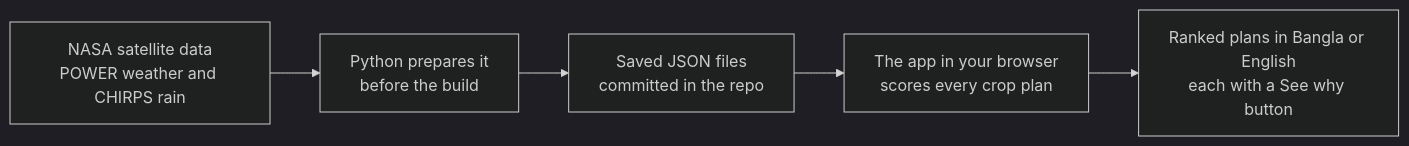
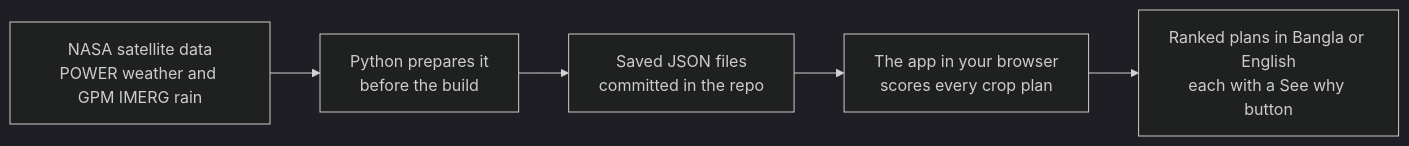
One commit to Zul-Qarnain/field-shift changed the first of 3 diagrams in README.md. Above: the diagram before and after it, drawn with Mermaid (dark theme). The commit also changed other lines of this file and 22 other files, not shown here.

First line of the commit message:
Web + docs: IMERG/MERRA-2 in the UI, climatology-fallback card, mobile overflow fixes, Python CI

````diff
--- a/README.md
+++ b/README.md
@@ -98,7 +98,7 @@
 ```mermaid
 flowchart LR
-  A["NASA satellite data<br/>POWER weather and CHIRPS rain"] --> B["Python prepares it<br/>before the build"]
+  A["NASA satellite data<br/>POWER weather and GPM IMERG rain"] --> B["Python prepares it<br/>before the build"]
   B --> C["Saved JSON files<br/>committed in the repo"]
   C --> D["The app in your browser<br/>scores every crop plan"]
   D --> E["Ranked plans in Bangla or English<br/>each with a See why button"]
 ```
````
